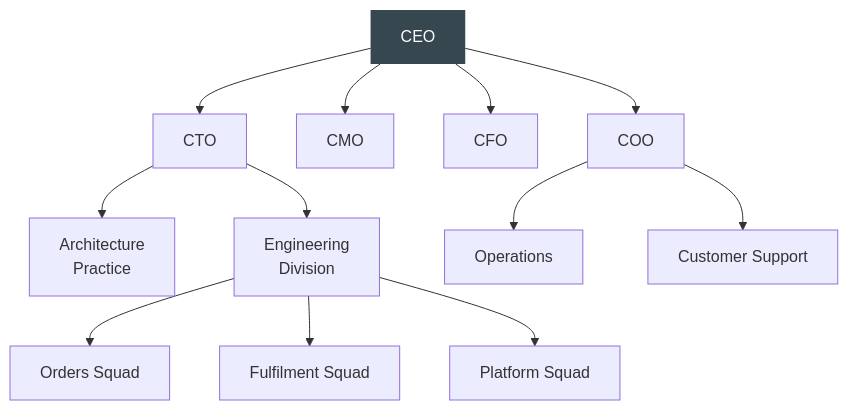
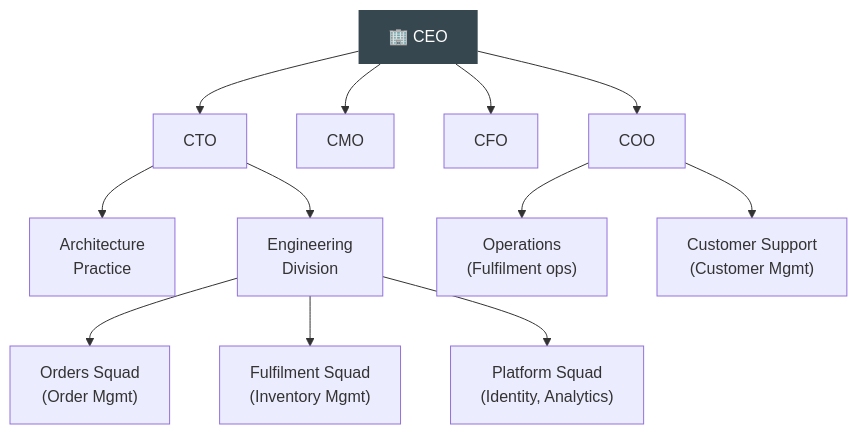
One commit to Yuvarajsfcloud/Knowledge-Library changed the fifth of 6 diagrams in docs/knowledge/adm/business-architecture.md. Above: the diagram before and after it, drawn with Mermaid. The commit also changed other lines of this file, not shown here.

Commit message:
Phase B: full Bloom uplift — tools table (pros/cons/cost/link), Decision Frameworks, Synthesis exercise, source attributions on all visuals, developer transition callouts, Credible Sources section, TOGAF Step 9 sequence corrected

````diff
--- a/docs/knowledge/adm/business-architecture.md
+++ b/docs/knowledge/adm/business-architecture.md
@@ -134,10 +191,10 @@
 ``` mermaid
 flowchart TD
-    CEO["CEO"] --> CTO & CMO & CFO & COO
+    CEO["🏢 CEO"] --> CTO & CMO & CFO & COO
     CTO --> EA["Architecture\nPractice"]
     CTO --> ENG["Engineering\nDivision"]
-    ENG --> SQ1["Orders Squad"] & SQ2["Fulfilment Squad"] & SQ3["Platform Squad"]
-    COO --> OPS["Operations"] & CS["Customer Support"]
+    ENG --> SQ1["Orders Squad\n(Order Mgmt)"] & SQ2["Fulfilment Squad\n(Inventory Mgmt)"] & SQ3["Platform Squad\n(Identity, Analytics)"]
+    COO --> OPS["Operations\n(Fulfilment ops)"] & CS["Customer Support\n(Customer Mgmt)"]
 
     style CEO fill:#37474f,color:#fff,stroke:none
 ```
````
